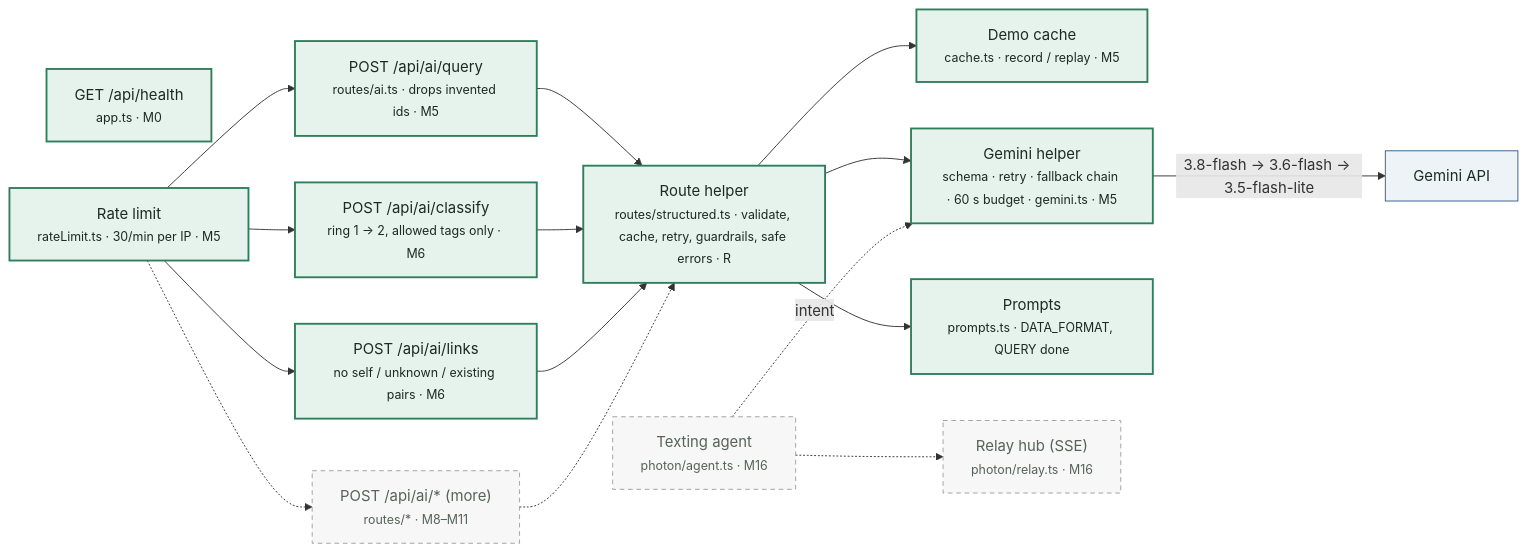
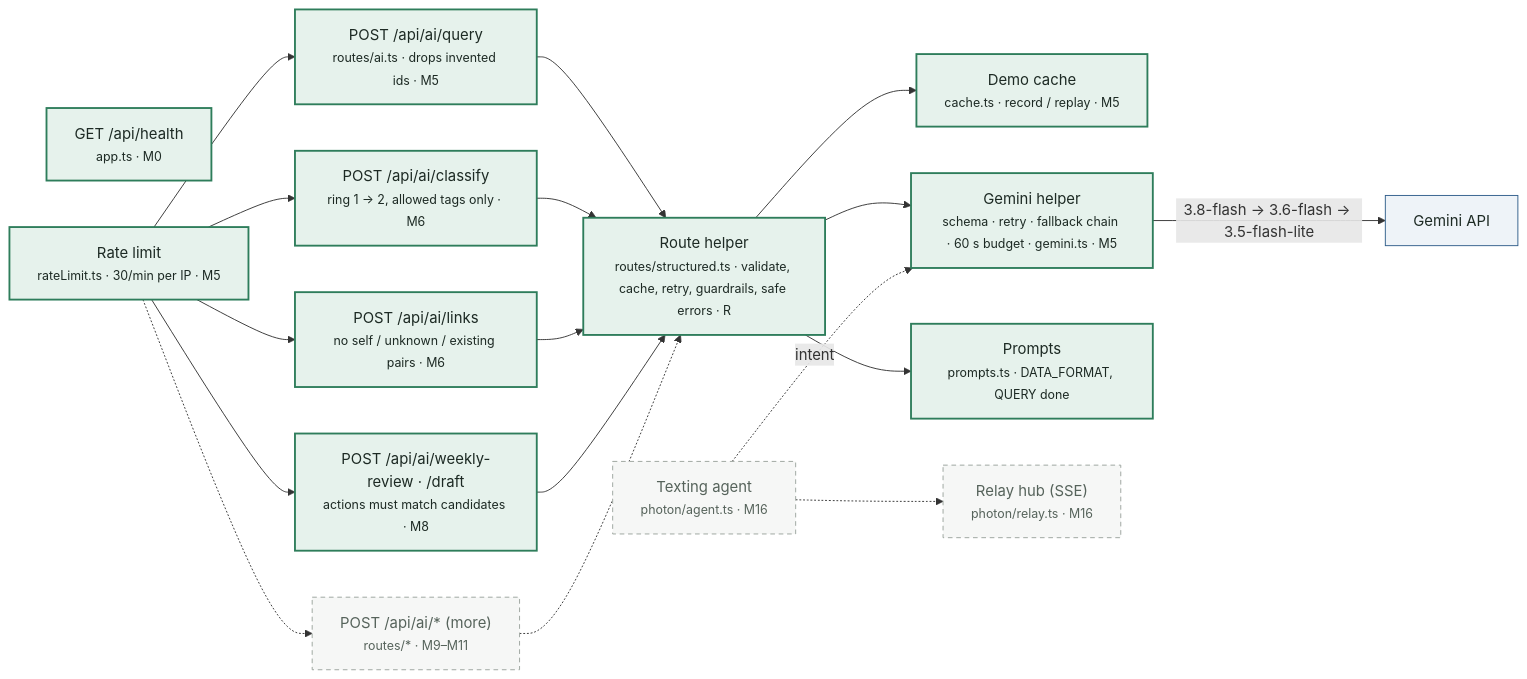
The third of 3 diagrams in docs/ARCHITECTURE.md (trafwel/ConnectWork), drawn with Mermaid before and after one commit. The commit also changed other lines of this file and 15 other files, not shown here.

First line of the commit message:
M8: weekly review and "Draft a message"

````diff
--- a/docs/ARCHITECTURE.md
+++ b/docs/ARCHITECTURE.md
@@ -120,35 +123,38 @@
 ```mermaid
 flowchart LR
   Health["GET /api/health<br/><small>app.ts · M0</small>"]:::built
   Limit["Rate limit<br/><small>rateLimit.ts · 30/min per IP · M5</small>"]:::built
   Query["POST /api/ai/query<br/><small>routes/ai.ts · drops invented ids · M5</small>"]:::built
   Classify["POST /api/ai/classify<br/><small>ring 1 → 2, allowed tags only · M6</small>"]:::built
   Links["POST /api/ai/links<br/><small>no self / unknown / existing pairs · M6</small>"]:::built
-  Routes["POST /api/ai/* (more)<br/><small>routes/* · M8–M11</small>"]:::planned
+  WeeklyR["POST /api/ai/weekly-review · /draft<br/><small>actions must match candidates · M8</small>"]:::built
+  Routes["POST /api/ai/* (more)<br/><small>routes/* · M9–M11</small>"]:::planned
   Helper["Route helper<br/><small>routes/structured.ts · validate, cache, retry, guardrails, safe errors · R</small>"]:::built
   Cache["Demo cache<br/><small>cache.ts · record / replay · M5</small>"]:::built
   GeminiH["Gemini helper<br/><small>schema · retry · fallback chain · 60 s budget · gemini.ts · M5</small>"]:::built
   Prompts["Prompts<br/><small>prompts.ts · DATA_FORMAT, QUERY done</small>"]:::built
   Agent["Texting agent<br/><small>photon/agent.ts · M16</small>"]:::planned
   Hub["Relay hub (SSE)<br/><small>photon/relay.ts · M16</small>"]:::planned
   Gemini["Gemini API"]:::external
 
   Limit --> Query
   Limit --> Classify
   Limit --> Links
+  Limit --> WeeklyR
   Limit -.-> Routes
   Query --> Helper
   Classify --> Helper
   Links --> Helper
+  WeeklyR --> Helper
   Routes -.-> Helper
   Helper --> Cache
   Helper --> GeminiH
   Helper --> Prompts
   GeminiH -->|"3.8-flash → 3.6-flash → 3.5-flash-lite"| Gemini
   Agent -.->|"intent"| GeminiH
   Agent -.-> Hub
 
   classDef built fill:#e6f2ec,stroke:#2e7d5b,stroke-width:2px,color:#1d2a24;
   classDef planned fill:#f6f7f6,stroke:#9aa39c,stroke-dasharray:5 4,color:#56635b;
   classDef external fill:#eef3f8,stroke:#2f5d8a,color:#1d2a24;
 ```
````
